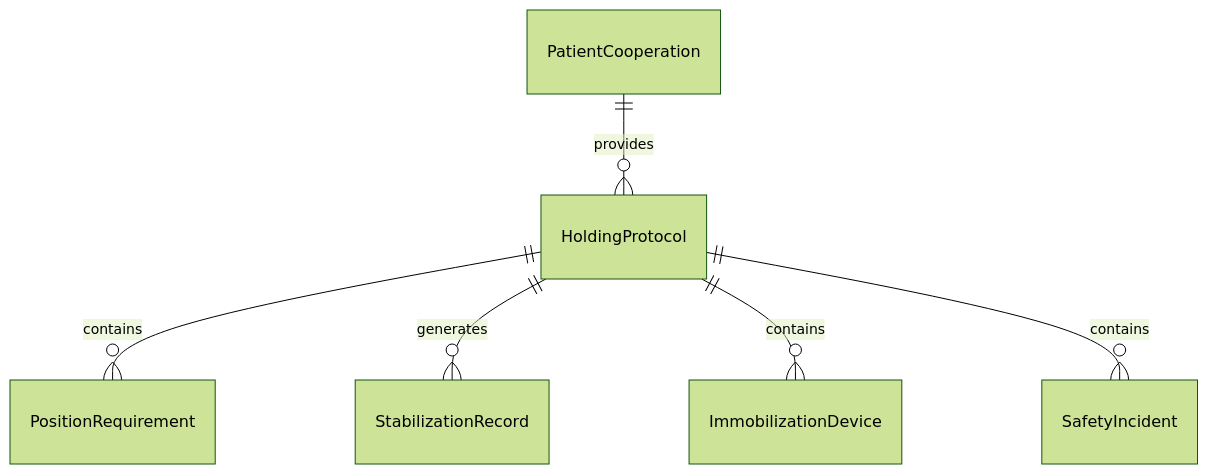
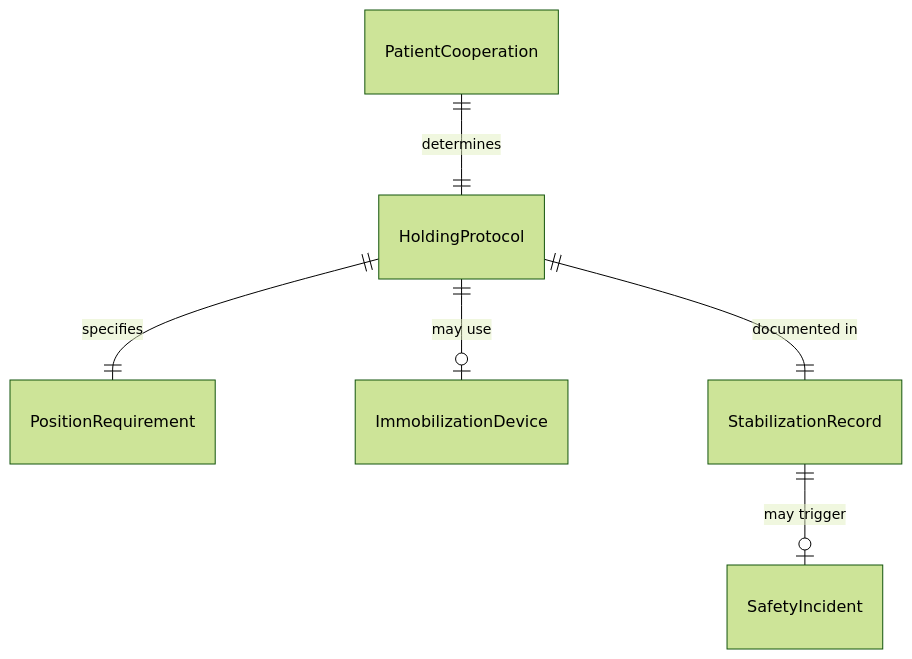
The first of 4 diagrams in AssistingAndCaringForOthers/AssistHealthcarePractitionersDuringMedicalProcedures/HoldPatientsEnsureProperPositioning.mdx (dot-org-ai/tasks.org.ai), drawn with Mermaid (forest theme) before and after one commit. The commit also changed other lines of this file and 32 other files, not shown here.

First line of the commit message:
fix: Improve ER and State diagrams in 32 AssistingAndCaringForOthers DWA files

````diff
--- a/AssistingAndCaringForOthers/AssistHealthcarePractitionersDuringMedicalProcedures/HoldPatientsEnsureProperPositioning.mdx
+++ b/AssistingAndCaringForOthers/AssistHealthcarePractitionersDuringMedicalProcedures/HoldPatientsEnsureProperPositioning.mdx
@@ -88,8 +88,8 @@
 ```mermaid
 erDiagram
-    HoldingProtocol ||--o{ PositionRequirement : contains
-    HoldingProtocol ||--o{ StabilizationRecord : generates
-    PatientCooperation ||--o{ HoldingProtocol : provides
-    HoldingProtocol ||--o{ ImmobilizationDevice : contains
-    HoldingProtocol ||--o{ SafetyIncident : contains
+    PatientCooperation ||--|| HoldingProtocol : determines
+    HoldingProtocol ||--|| PositionRequirement : specifies
+    HoldingProtocol ||--o| ImmobilizationDevice : "may use"
+    HoldingProtocol ||--|| StabilizationRecord : "documented in"
+    StabilizationRecord ||--o| SafetyIncident : "may trigger"
 ```
````
